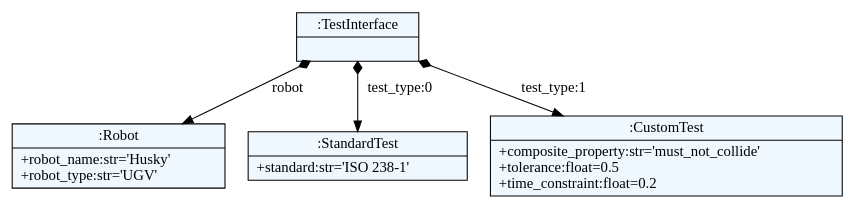
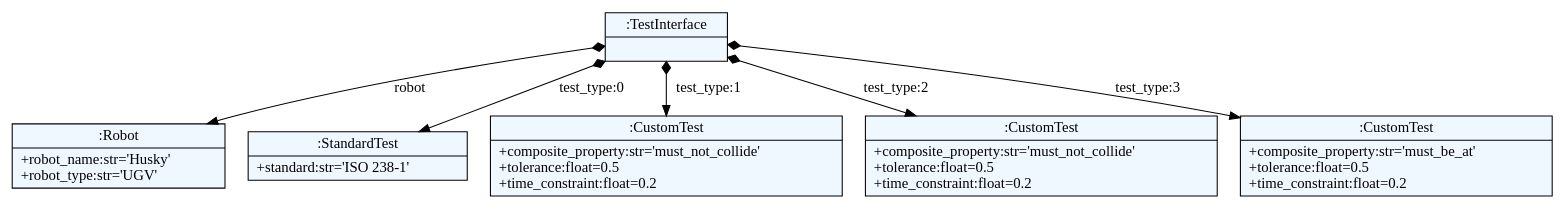
The diagram in src/property_based_tester/property_based_language_generation/standard_test_definitions.dot (SOHAIL1996/property_based_tester), drawn with Graphviz before and after one commit. The commit also changed 4 other files, not shown here.

```diff
--- a/src/property_based_tester/property_based_language_generation/standard_test_definitions.dot
+++ b/src/property_based_tester/property_based_language_generation/standard_test_definitions.dot
@@ -1,22 +1,26 @@
 
     digraph textX {
     fontname = "Bitstream Vera Sans"
     fontsize = 8
     node[
         shape=record,
         style=filled,
         fillcolor=aliceblue
     ]
     nodesep = 0.3
     edge[dir=black,arrowtail=empty]
 
 
-140176665873568 -> 140176665873712 [label="robot" arrowtail=diamond dir=both]
-140176665873712[label="{:Robot|+robot_name:str='Husky'\l+robot_type:str='UGV'\l}"]
-140176665873568 -> 140176665873856 [label="test_type:0" arrowtail=diamond dir=both]
-140176665873856[label="{:StandardTest|+standard:str='ISO 238-1'\l}"]
-140176665873568 -> 140176665873952 [label="test_type:1" arrowtail=diamond dir=both]
-140176665873952[label="{:CustomTest|+composite_property:str='must_not_collide'\l+tolerance:float=0.5\l+time_constraint:float=0.2\l}"]
-140176665873568[label="{:TestInterface|}"]
+140074671725680 -> 140074671725824 [label="robot" arrowtail=diamond dir=both]
+140074671725824[label="{:Robot|+robot_name:str='Husky'\l+robot_type:str='UGV'\l}"]
+140074671725680 -> 140074671725968 [label="test_type:0" arrowtail=diamond dir=both]
+140074671725968[label="{:StandardTest|+standard:str='ISO 238-1'\l}"]
+140074671725680 -> 140074671726064 [label="test_type:1" arrowtail=diamond dir=both]
+140074671726064[label="{:CustomTest|+composite_property:str='must_not_collide'\l+tolerance:float=0.5\l+time_constraint:float=0.2\l}"]
+140074671725680 -> 140074671726112 [label="test_type:2" arrowtail=diamond dir=both]
+140074671726112[label="{:CustomTest|+composite_property:str='must_not_collide'\l+tolerance:float=0.5\l+time_constraint:float=0.2\l}"]
+140074671725680 -> 140074671726160 [label="test_type:3" arrowtail=diamond dir=both]
+140074671726160[label="{:CustomTest|+composite_property:str='must_be_at'\l+tolerance:float=0.5\l+time_constraint:float=0.2\l}"]
+140074671725680[label="{:TestInterface|}"]
 
 }
```
